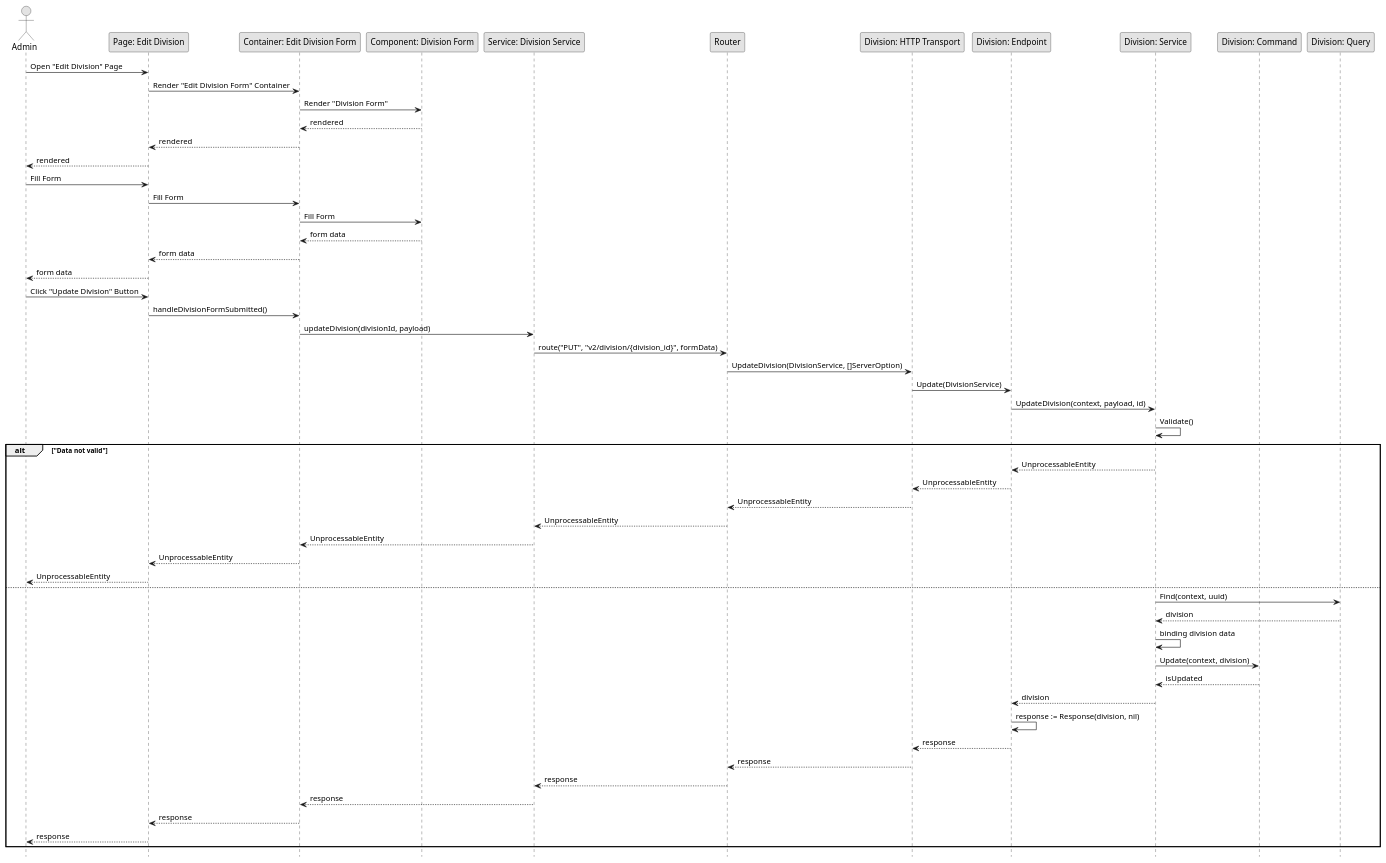
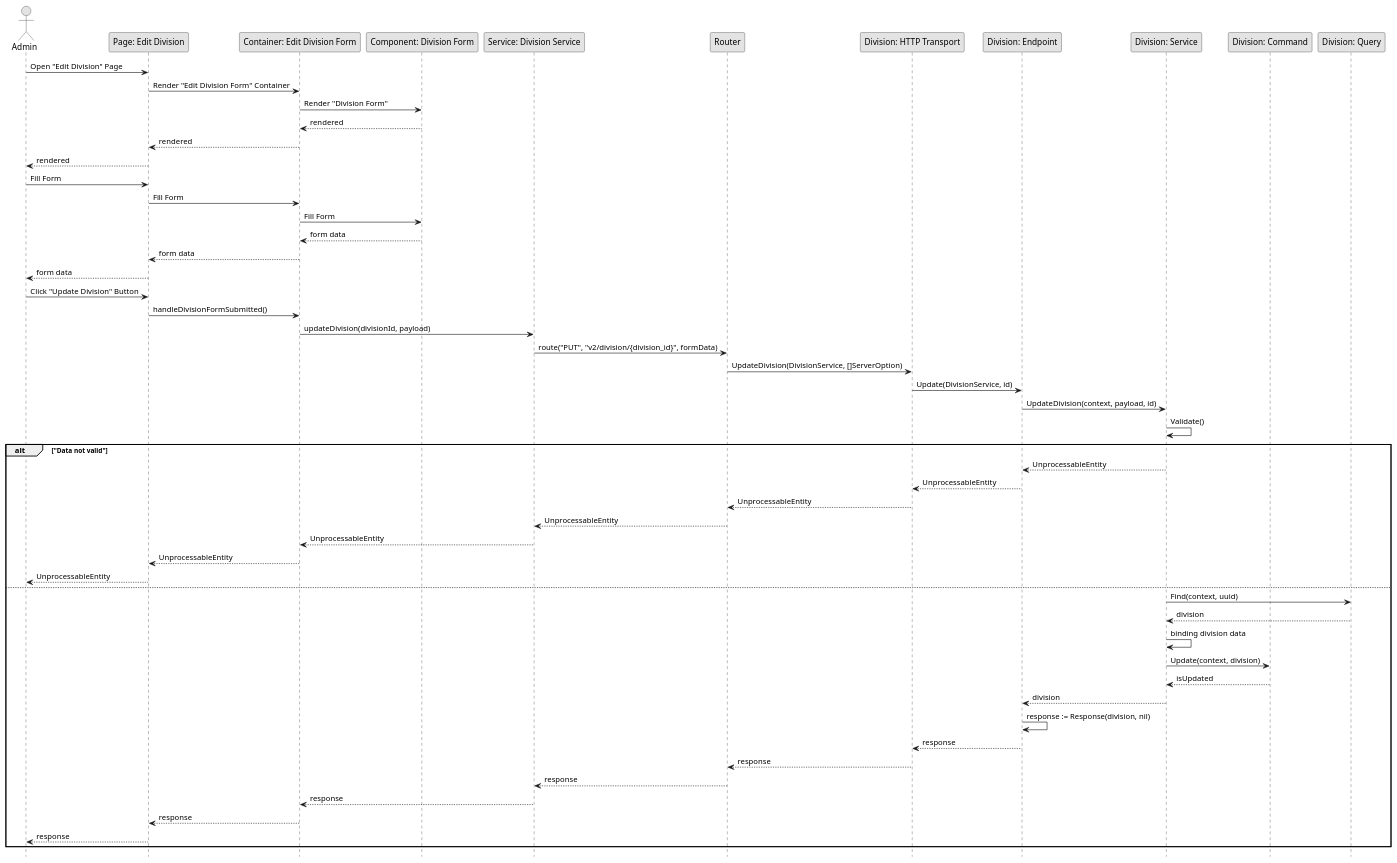
One commit to fwidjaya20/fazzlearning-uml changed the diagram in Sequence/Release01/UpdateDivision.wsd. Above: the diagram before and after it, drawn with PlantUML. The commit also changed 7 other files, not shown here.

Commit message:
fix(diagram): fix invalid function name

```diff
--- a/Sequence/Release01/UpdateDivision.wsd
+++ b/Sequence/Release01/UpdateDivision.wsd
@@ -1,66 +1,66 @@
 @startuml UpdateDivision
 
 skinparam Monochrome true
 skinparam Shadowing false
 hide footbox
 
 actor Admin
 participant "Page: Edit Division" as EditDivisionPage
 participant "Container: Edit Division Form" as EditDivisionFormContainer
 participant "Component: Division Form" as DivisionForm
 participant "Service: Division Service" as FEDivisionService
 participant "Router" as Router
 participant "Division: HTTP Transport" as DivisionHTTPTransport
 participant "Division: Endpoint" as DivisionEndpoint
 participant "Division: Service" as DivisionService
 participant "Division: Command" as DivisionCommand
 participant "Division: Query" as DivisionQuery
 
 Admin->EditDivisionPage: Open "Edit Division" Page
 EditDivisionPage->EditDivisionFormContainer: Render "Edit Division Form" Container
 EditDivisionFormContainer->DivisionForm: Render "Division Form"
 DivisionForm-->EditDivisionFormContainer: rendered
 EditDivisionFormContainer-->EditDivisionPage: rendered
 EditDivisionPage-->Admin: rendered
 
 Admin->EditDivisionPage: Fill Form
 EditDivisionPage->EditDivisionFormContainer: Fill Form
 EditDivisionFormContainer->DivisionForm: Fill Form
 DivisionForm-->EditDivisionFormContainer: form data
 EditDivisionFormContainer-->EditDivisionPage: form data
 EditDivisionPage-->Admin: form data
 
 Admin->EditDivisionPage: Click "Update Division" Button
 EditDivisionPage->EditDivisionFormContainer: handleDivisionFormSubmitted()
 EditDivisionFormContainer->FEDivisionService: updateDivision(divisionId, payload)
 FEDivisionService->Router: route("PUT", "v2/division/{division_id}", formData)
 Router->DivisionHTTPTransport: UpdateDivision(DivisionService, []ServerOption)
-DivisionHTTPTransport->DivisionEndpoint: Update(DivisionService)
+DivisionHTTPTransport->DivisionEndpoint: Update(DivisionService, id)
 DivisionEndpoint->DivisionService: UpdateDivision(context, payload, id)
 DivisionService->DivisionService: Validate()
 
 alt "Data not valid"
     DivisionService-->DivisionEndpoint: UnprocessableEntity
     DivisionEndpoint-->DivisionHTTPTransport: UnprocessableEntity
     DivisionHTTPTransport-->Router: UnprocessableEntity
     Router-->FEDivisionService: UnprocessableEntity
     FEDivisionService-->EditDivisionFormContainer: UnprocessableEntity
     EditDivisionFormContainer-->EditDivisionPage: UnprocessableEntity
     EditDivisionPage-->Admin: UnprocessableEntity
 else
     DivisionService->DivisionQuery: Find(context, uuid)
     DivisionQuery-->DivisionService: division
     DivisionService->DivisionService: binding division data
     DivisionService->DivisionCommand: Update(context, division)
     DivisionCommand-->DivisionService: isUpdated
     DivisionService-->DivisionEndpoint: division
     DivisionEndpoint->DivisionEndpoint: response := Response(division, nil)
     DivisionEndpoint-->DivisionHTTPTransport: response
     DivisionHTTPTransport-->Router: response
     Router-->FEDivisionService: response
     FEDivisionService-->EditDivisionFormContainer: response
     EditDivisionFormContainer-->EditDivisionPage: response
     EditDivisionPage-->Admin: response
 end
 
 @enduml
```
